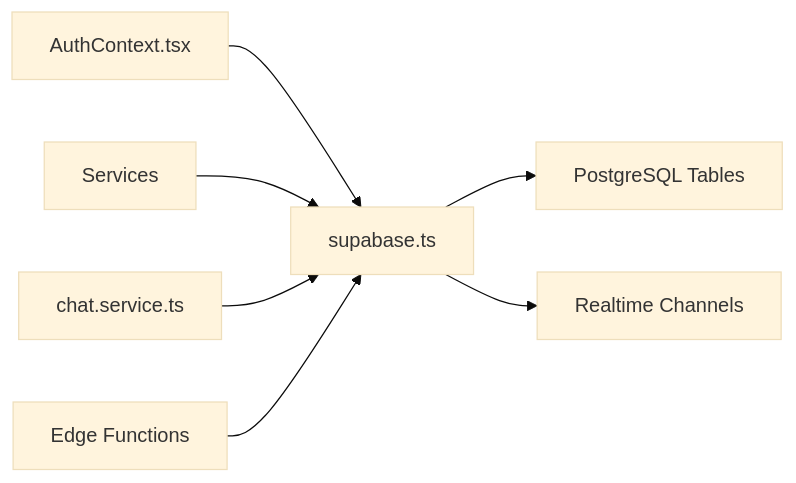
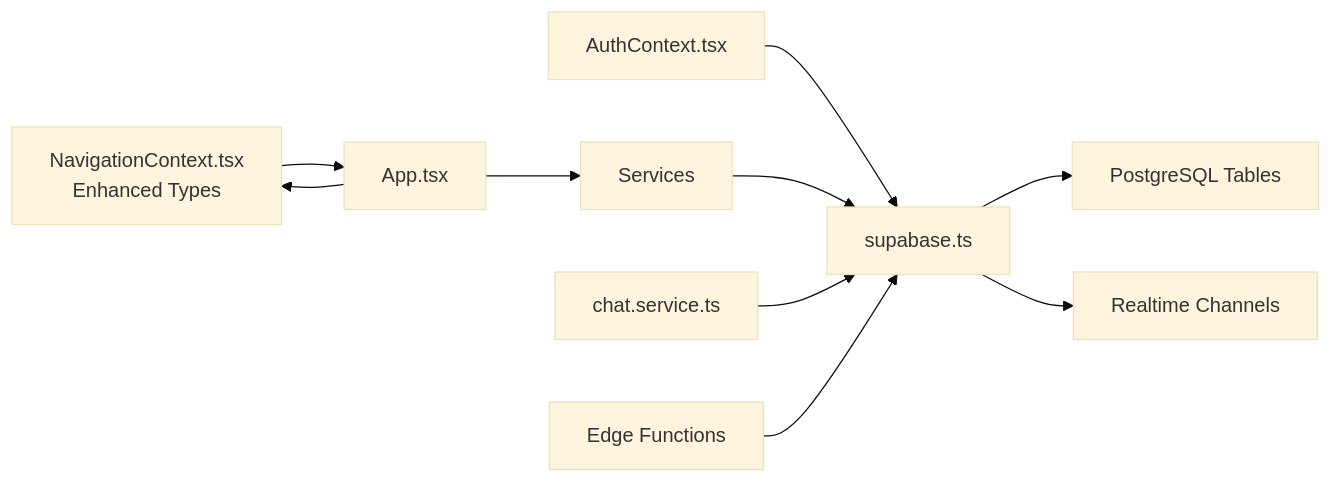
The sixth of 6 diagrams in .qoder/repowiki/en/content/API Reference.md (usermontalvao/CRMlaw), drawn with Mermaid (base theme) before and after one commit. The commit also changed other lines of this file and 8 other files, not shown here.

````diff
--- a/.qoder/repowiki/en/content/API Reference.md
+++ b/.qoder/repowiki/en/content/API Reference.md
@@ -450,9 +527,12 @@
 ```mermaid
 graph LR
 Auth["AuthContext.tsx"] --> Supabase["supabase.ts"]
 Services["Services"] --> Supabase
+Nav["NavigationContext.tsx<br/>Enhanced Types"] --> App["App.tsx"]
+App --> Services
+App --> Nav
 Chat["chat.service.ts"] --> Supabase
 Edge["Edge Functions"] --> Supabase
 Supabase --> Tables["PostgreSQL Tables"]
 Supabase --> Realtime["Realtime Channels"]
 ```
````
